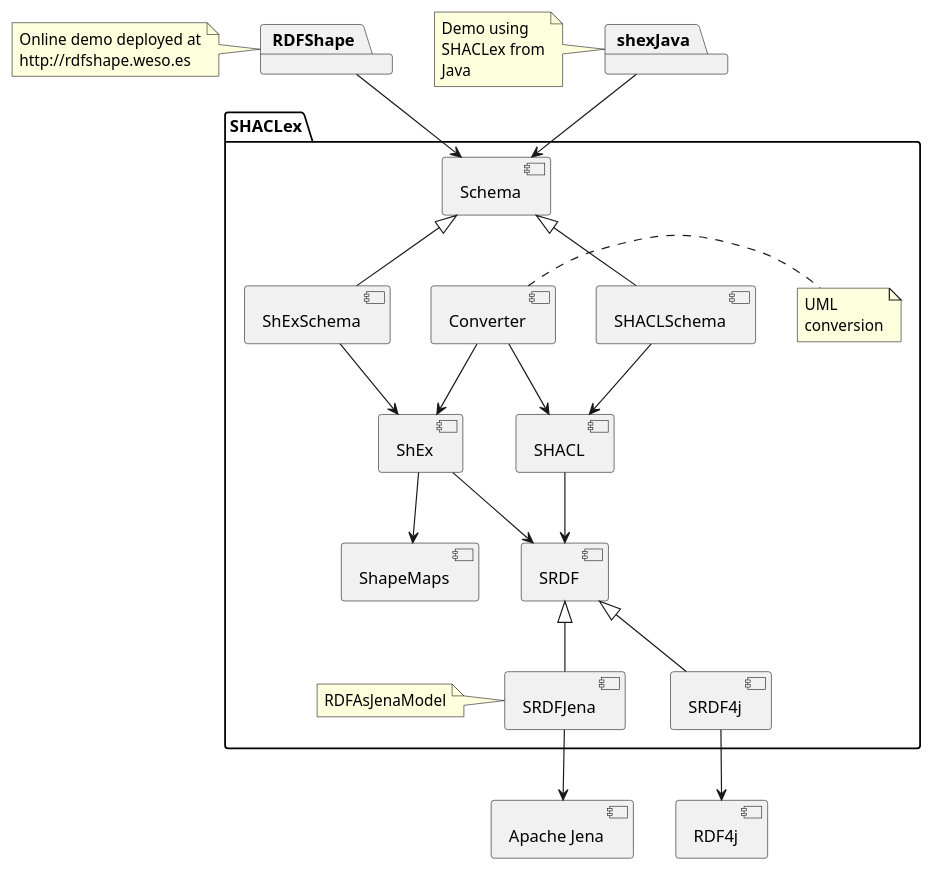
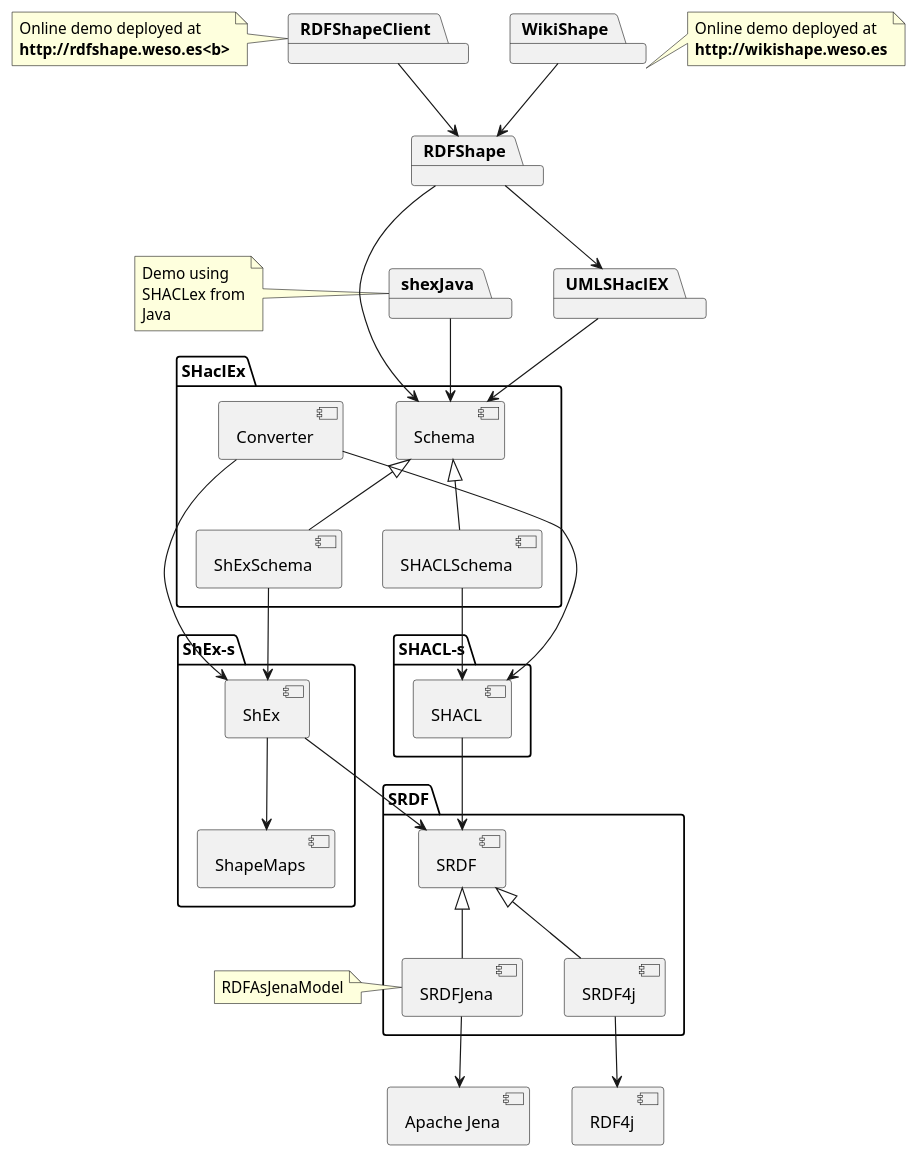
The diagram in doc/modules.plantuml (weso/shaclex), drawn with PlantUML before and after one commit. The commit also changed 3 other files, not shown here.

```diff
--- a/doc/modules.plantuml
+++ b/doc/modules.plantuml
@@ -1,66 +1,104 @@
 @startuml
 
-package SHACLex {
+package SHaclEx {
 [Schema] as Schema
 [ShExSchema] as ShExSchema
 [SHACLSchema] as SHACLSchema
 [Converter] as Converter
+}
+
+package ShEx-s {
 [ShEx] as ShEx
-[SHACL] as SHACL
 '[RBE] as RBE
 [ShapeMaps] as shapeMaps
 '[DepGraphs] as depGraphs
-[SRDF] as SRDF
-[SRDF4j] as SRDF4j
-[SRDFJena] as SRDFJena
+
+}
+
+package SHACL-s {
+ [SHACL] as SHACL
+}
+
+package SRDF {
+
+ [SRDF] as SRDFComponent
+ [SRDF4j] as SRDF4j
+ [SRDFJena] as SRDFJena
+
+}
+
+
 note left of SRDFJena
  RDFAsJenaModel
 end note
 
-note right of Converter
- UML
- conversion
-end note
-}
 [Apache Jena] as ApacheJena
 [RDF4j] as RDF4j
 
 Schema <|-- ShExSchema
 Schema <|-- SHACLSchema
 ShExSchema --> ShEx
 SHACLSchema --> SHACL
 Converter --> ShEx
 Converter --> SHACL
 ShEx --> shapeMaps
 'ShEx --> RBE
 'ShEx --> depGraphs
-SHACL --> SRDF
-ShEx --> SRDF
-SRDF <|-- SRDFJena
-SRDF <|-- SRDF4j
-SRDFJena --> ApacheJena
-SRDF4j --> RDF4j
+SHACL --> SRDFComponent
+ShEx --> SRDFComponent
+
+
+package RDFShapeClient {
+
+} 
+package WikiShape {
+
+} 
 
 package RDFShape {
 
 } 
+
+package UMLSHaclEX {
+
+}
+
 package shexJava {
 
 }
 
+
 shexJava --> Schema
+WikiShape --> RDFShape
+RDFShape --> UMLSHaclEX
 RDFShape --> Schema
+UMLSHaclEX --> Schema
+RDFShapeClient --> RDFShape
 
-note left of RDFShape 
+SRDFComponent <|-- SRDFJena
+SRDFComponent <|-- SRDF4j
+SRDFJena --> ApacheJena
+SRDF4j --> RDF4j
+
+
+note left of RDFShapeClient 
  Online demo deployed at
- http://rdfshape.weso.es
+ <b>http://rdfshape.weso.es<b>
 end note
+note right of WikiShape 
+ Online demo deployed at
+ <b>http://wikishape.weso.es</b>
+end note
+
 
 note left of shexJava 
  Demo using
  SHACLex from
  Java
 end note
 
 
+
+
+
 @enduml
```
